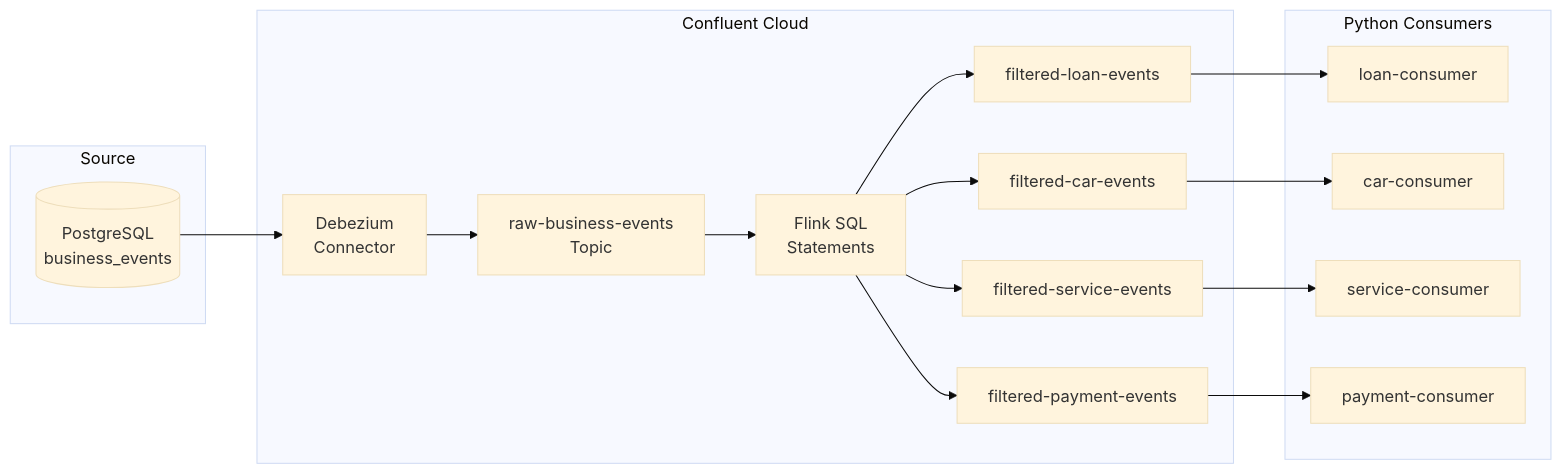
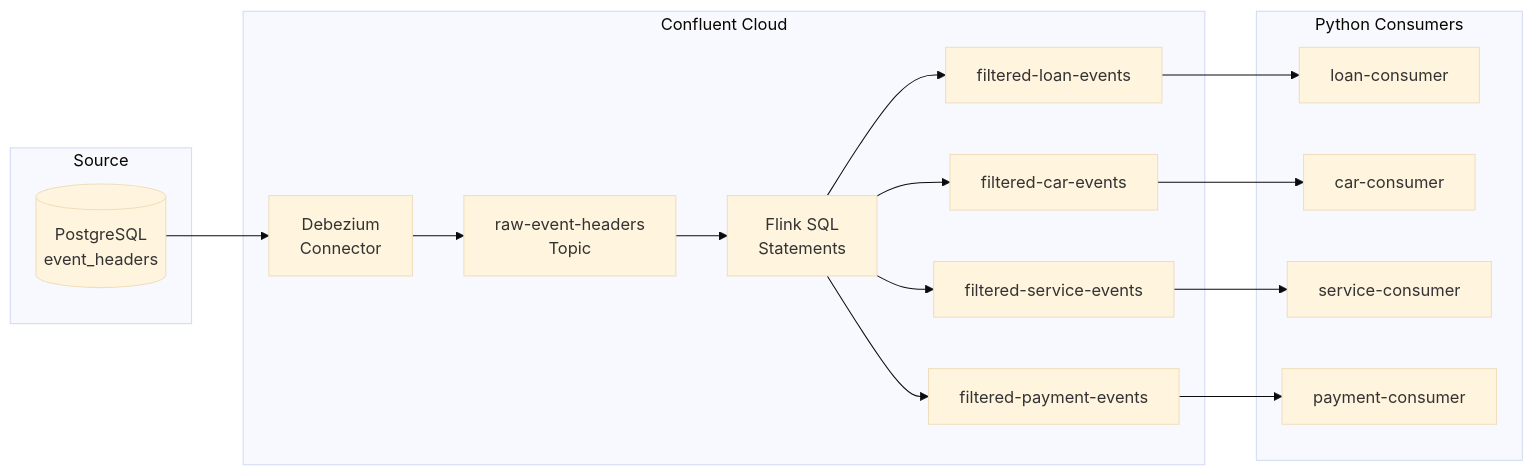
The first of 2 diagrams in cdc-streaming/spring-boot-alternative-architecture.md (RickZee/api-performance-multi-lang), drawn with Mermaid (base theme) before and after one commit. The commit also changed other lines of this file and 43 other files, not shown here.

````diff
--- a/cdc-streaming/spring-boot-alternative-architecture.md
+++ b/cdc-streaming/spring-boot-alternative-architecture.md
@@ -7,30 +7,30 @@
 ```mermaid
 flowchart LR
     subgraph Source["Source"]
-        PG[("PostgreSQL<br/>business_events")]
+        PG[("PostgreSQL<br/>event_headers")]
     end
     
     subgraph ConfluentCloud["Confluent Cloud"]
         DC[Debezium<br/>Connector]
-        KR[raw-business-events<br/>Topic]
+        KR[raw-event-headers<br/>Topic]
         Flink[Flink SQL<br/>Statements]
         KF1[filtered-loan-events]
         KF2[filtered-car-events]
         KF3[filtered-service-events]
         KF4[filtered-payment-events]
     end
     
     subgraph Consumers["Python Consumers"]
         C1[loan-consumer]
         C2[car-consumer]
         C3[service-consumer]
         C4[payment-consumer]
     end
     
     PG --> DC --> KR --> Flink
     Flink --> KF1 & KF2 & KF3 & KF4
     KF1 --> C1
     KF2 --> C2
     KF3 --> C3
     KF4 --> C4
 ```
````
